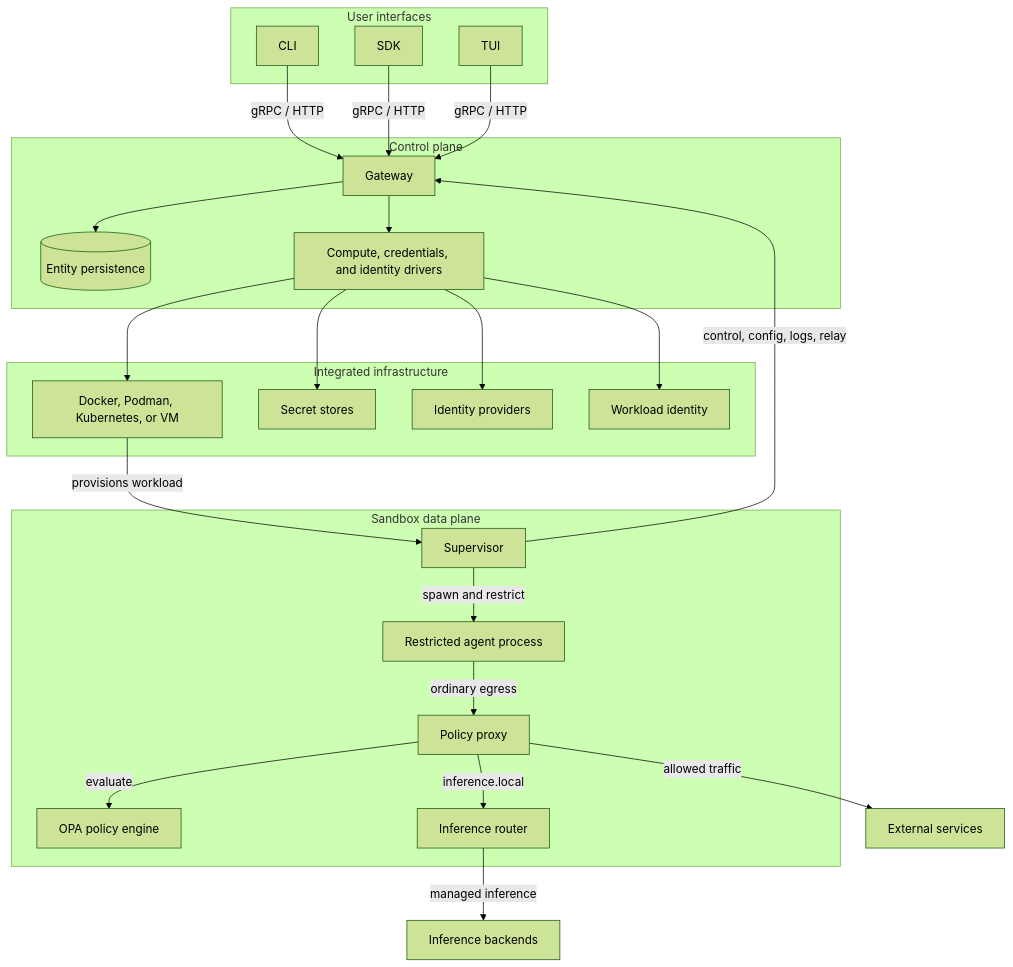
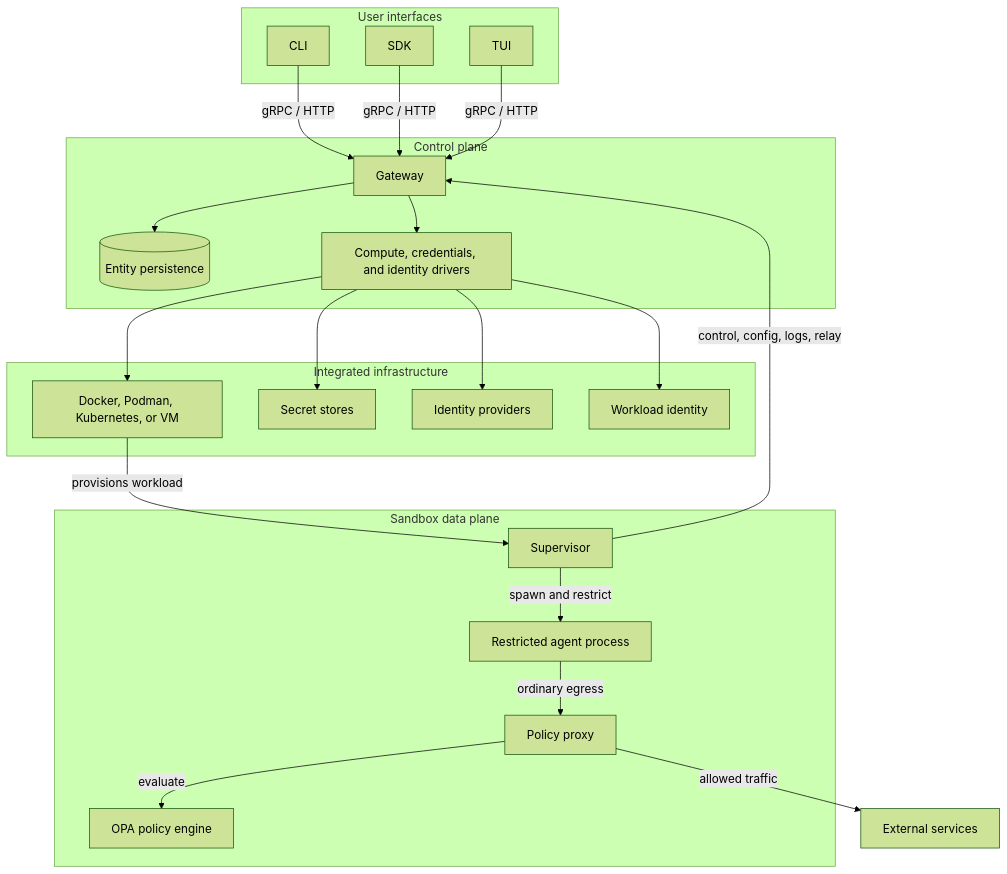
The diagram in docs/about/how-it-works.mdx (NVIDIA/OpenShell), drawn with Mermaid (forest theme) before and after one commit. The commit also changed other lines of this file and 133 other files, not shown here.

Commit message:
feat(inference)!: replace managed routes with providers

````diff
--- a/docs/about/how-it-works.mdx
+++ b/docs/about/how-it-works.mdx
@@ -23,47 +26,44 @@
 ```mermaid
 flowchart TB
     subgraph UI["User interfaces"]
         CLI["CLI"]
         SDK["SDK"]
         TUI["TUI"]
     end
 
     subgraph CP["Control plane"]
         GW["Gateway"]
         DB[("Entity persistence")]
         DRIVERS["Compute, credentials, and identity drivers"]
     end
 
     subgraph INFRA["Integrated infrastructure"]
         RUNTIME["Docker, Podman, Kubernetes, or VM"]
         SECRETSTORE["Secret stores"]
         IDP["Identity providers"]
         WORKLOADID["Workload identity"]
     end
 
     subgraph DP["Sandbox data plane"]
         SUP["Supervisor"]
         AGENT["Restricted agent process"]
         PROXY["Policy proxy"]
         POLICY["OPA policy engine"]
-        ROUTER["Inference router"]
     end
 
     CLI -->|"gRPC / HTTP"| GW
     SDK -->|"gRPC / HTTP"| GW
     TUI -->|"gRPC / HTTP"| GW
     GW --> DB
     GW --> DRIVERS
     DRIVERS --> RUNTIME
     DRIVERS --> SECRETSTORE
     DRIVERS --> IDP
     DRIVERS --> WORKLOADID
     RUNTIME -->|"provisions workload"| SUP
     SUP -->|"control, config, logs, relay"| GW
     SUP -->|"spawn and restrict"| AGENT
     AGENT -->|"ordinary egress"| PROXY
     PROXY -->|"evaluate"| POLICY
     PROXY -->|"allowed traffic"| EXT["External services"]
-    PROXY -->|"inference.local"| ROUTER
-    ROUTER -->|"managed inference"| MODEL["Inference backends"]
 ```
````
